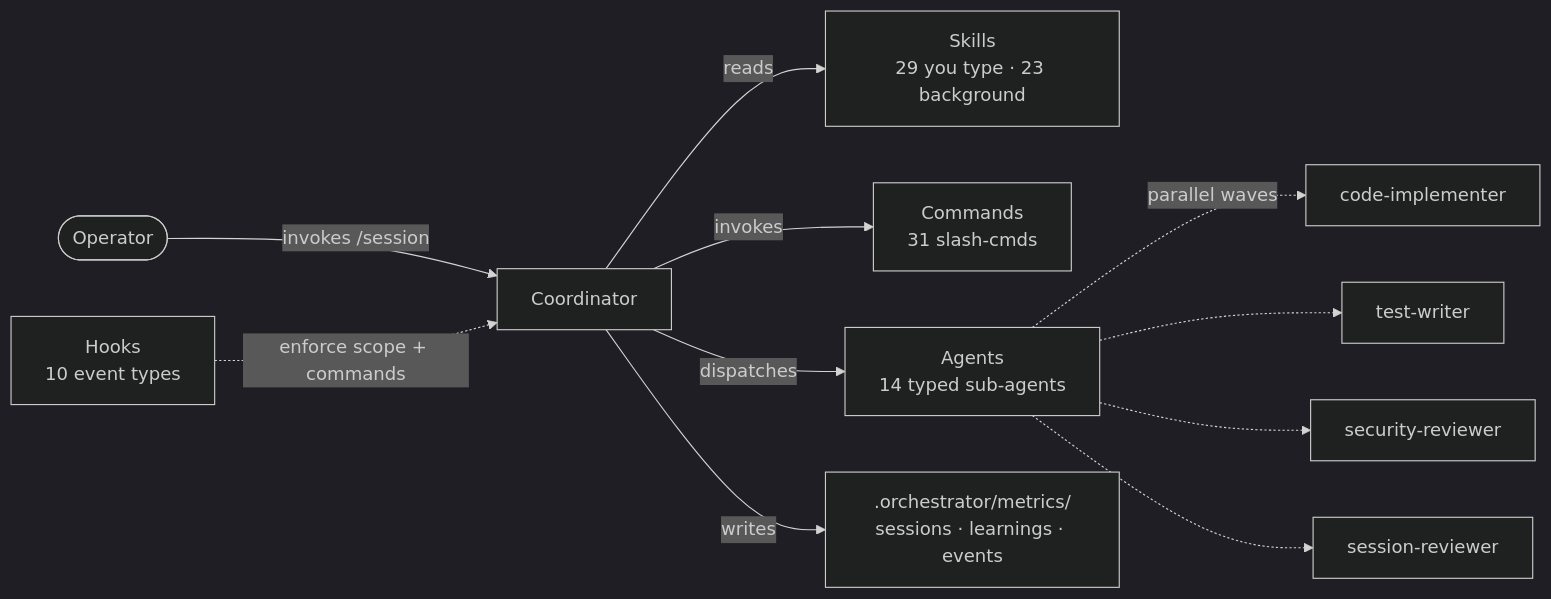
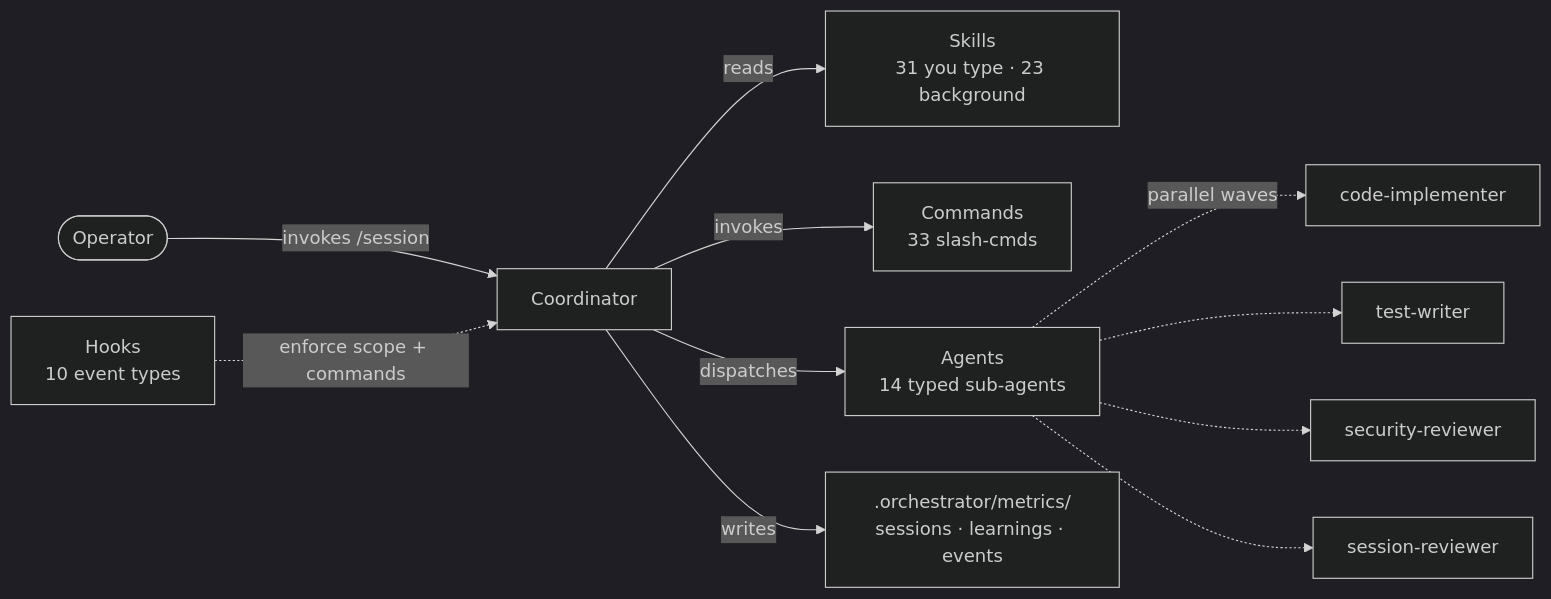
The diagram in docs/components.md (Kanevry/session-orchestrator), drawn with Mermaid (dark theme) before and after one commit. The commit also changed other lines of this file and 256 other files, not shown here.

````diff
--- a/docs/components.md
+++ b/docs/components.md
@@ -7,13 +7,13 @@
 ```mermaid
 flowchart LR
     USER([Operator]) -->|invokes /session| COORD[Coordinator]
-    COORD -->|reads| SK["Skills<br/>29 you type · 23 background"]
-    COORD -->|invokes| CMD[Commands<br/>31 slash-cmds]
+    COORD -->|reads| SK["Skills<br/>31 you type · 23 background"]
+    COORD -->|invokes| CMD[Commands<br/>33 slash-cmds]
     COORD -->|dispatches| AG[Agents<br/>14 typed sub-agents]
     AG -.->|parallel waves| W1[code-implementer]
     AG -.-> W2[test-writer]
     AG -.-> W3[security-reviewer]
     AG -.-> W4[session-reviewer]
     HOOK[Hooks<br/>10 event types] -.->|enforce scope + commands| COORD
     COORD -->|writes| METRIC[.orchestrator/metrics/<br/>sessions · learnings · events]
 ```
````
